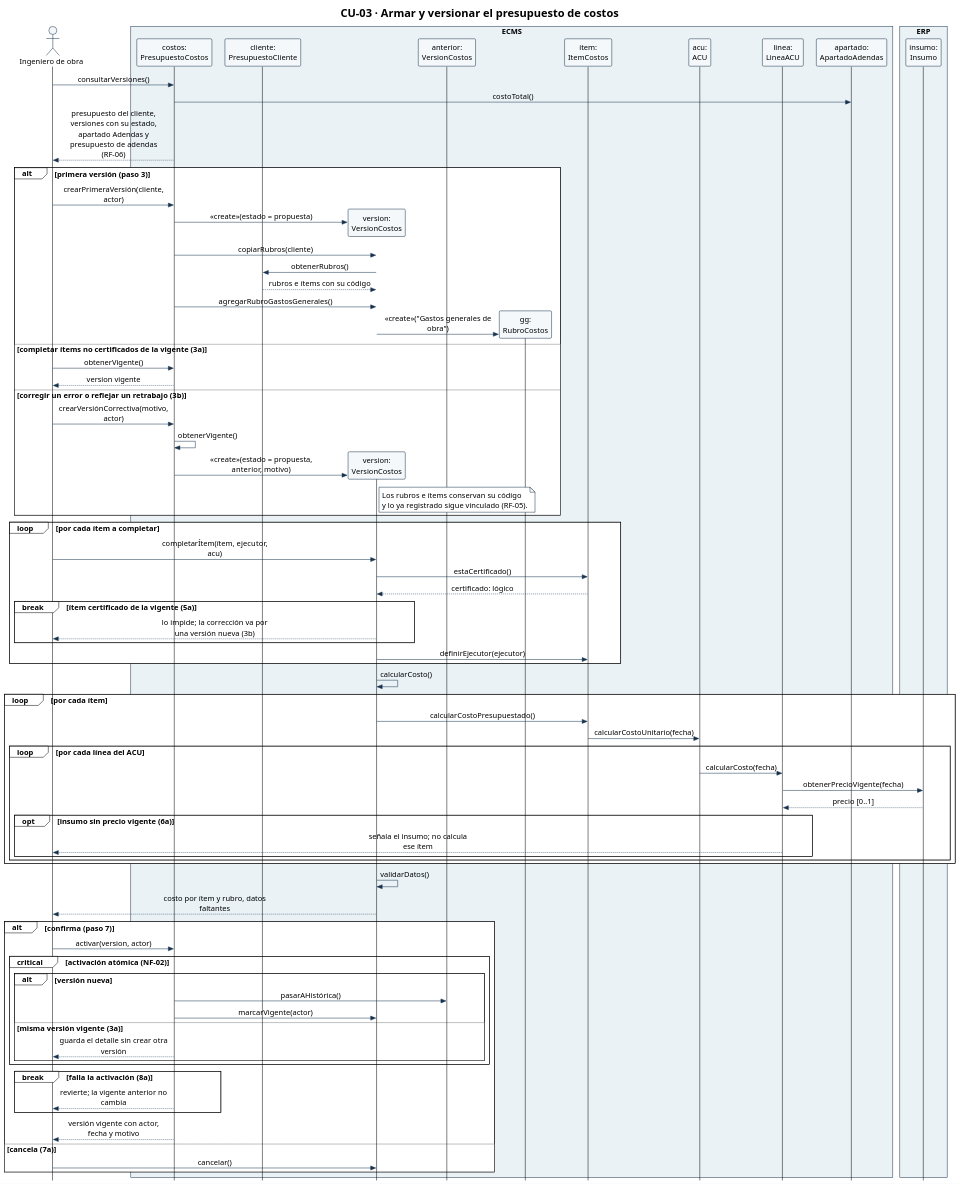
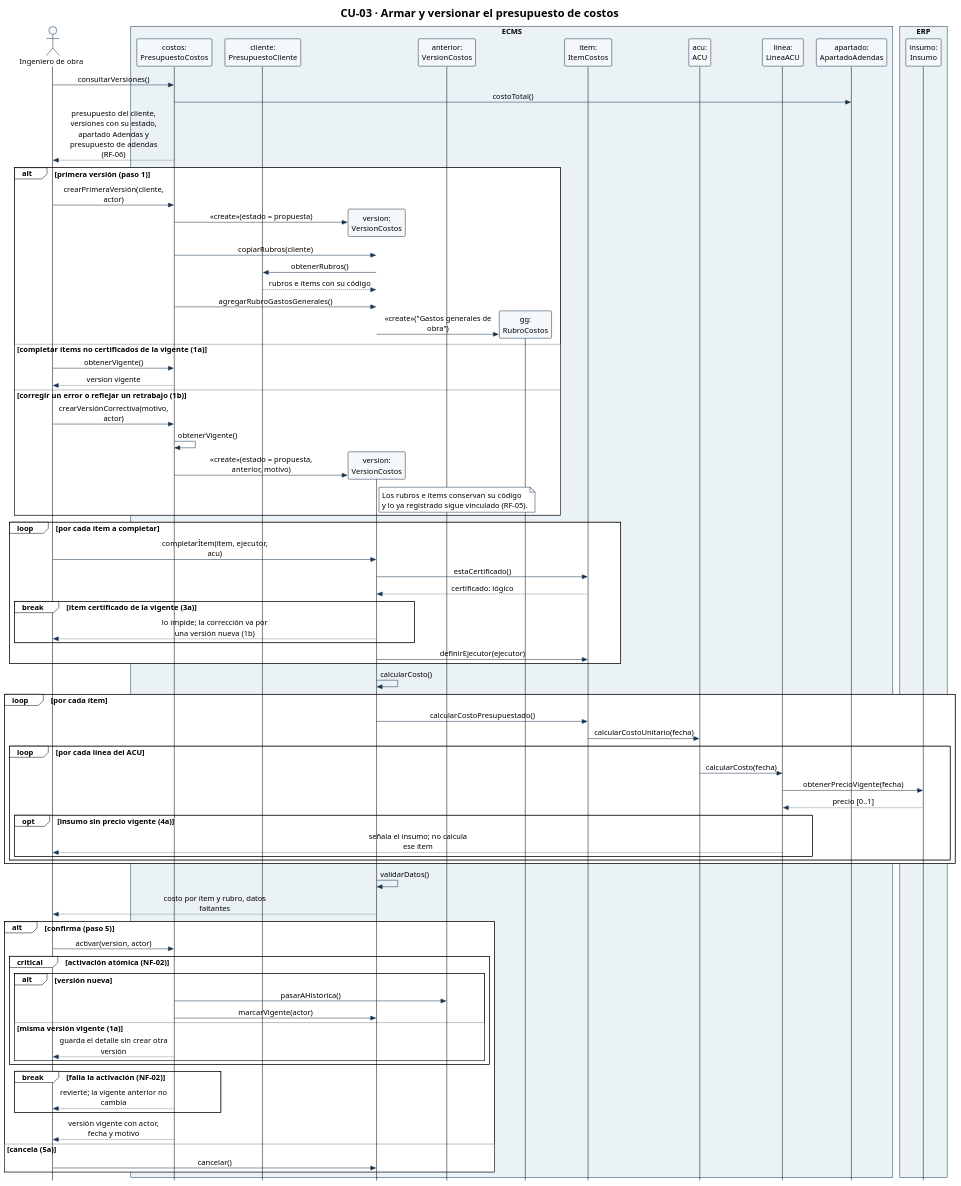
The diagram in diagramas/CU-03-secuencia.puml (Ssrrb/tpf-uca), drawn with PlantUML before and after one commit. The commit also changed 12 other files, not shown here.

```diff
--- a/diagramas/CU-03-secuencia.puml
+++ b/diagramas/CU-03-secuencia.puml
@@ -1,110 +1,110 @@
 @startuml
 !theme plain
 skinparam style strictuml
 skinparam shadowing false
 skinparam defaultFontName Arial
 skinparam defaultFontSize 15
 skinparam sequenceMessageAlign center
 skinparam maxMessageSize 220
 skinparam ParticipantPadding 8
 skinparam BoxPadding 6
 skinparam ParticipantBackgroundColor #F5F8FA
 skinparam ParticipantBorderColor #17324D
 skinparam ActorBorderColor #17324D
 skinparam ActorBackgroundColor #F5F8FA
 skinparam ArrowColor #17324D
 skinparam SequenceBoxBorderColor #17324D
 skinparam note {
   BackgroundColor #FFFFFF
   BorderColor #17324D
 }
 hide footbox
 title CU-03 · Armar y versionar el presupuesto de costos
 actor "Ingeniero de obra" as Ing
 box "ECMS" #EAF2F6
 participant "costos:\nPresupuestoCostos" as PC
 participant "cliente:\nPresupuestoCliente" as Cli
 participant "version:\nVersionCostos" as V
 participant "anterior:\nVersionCostos" as Ant
 participant "gg:\nRubroCostos" as GG
 participant "item:\nItemCostos" as Item
 participant "acu:\nACU" as Acu
 participant "linea:\nLineaACU" as Lin
 participant "apartado:\nApartadoAdendas" as Apa
 end box
 box "ERP" #EAF2F6
 participant "insumo:\nInsumo" as Ins
 end box
 
 Ing -> PC: consultarVersiones()
 PC -> Apa: costoTotal()
 PC --> Ing: presupuesto del cliente, versiones con su estado,\napartado Adendas y presupuesto de adendas (RF-06)
 
-alt primera versión (paso 3)
+alt primera versión (paso 1)
   Ing -> PC: crearPrimeraVersión(cliente, actor)
   create V
   PC -> V: «create»(estado = propuesta)
   PC -> V: copiarRubros(cliente)
   V -> Cli: obtenerRubros()
   Cli --> V: rubros e ítems con su código
   PC -> V: agregarRubroGastosGenerales()
   create GG
   V -> GG: «create»("Gastos generales de obra")
-else completar ítems no certificados de la vigente (3a)
+else completar ítems no certificados de la vigente (1a)
   Ing -> PC: obtenerVigente()
   PC --> Ing: version vigente
-else corregir un error o reflejar un retrabajo (3b)
+else corregir un error o reflejar un retrabajo (1b)
   Ing -> PC: crearVersiónCorrectiva(motivo, actor)
   PC -> PC: obtenerVigente()
   create V
   PC -> V: «create»(estado = propuesta, anterior, motivo)
   note right of V
     Los rubros e ítems conservan su código
     y lo ya registrado sigue vinculado (RF-05).
   end note
 end
 
 loop por cada ítem a completar
   Ing -> V: completarÍtem(ítem, ejecutor, acu)
   V -> Item: estaCertificado()
   Item --> V: certificado: lógico
-  break ítem certificado de la vigente (5a)
-    V --> Ing: lo impide; la corrección va por una versión nueva (3b)
+  break ítem certificado de la vigente (3a)
+    V --> Ing: lo impide; la corrección va por una versión nueva (1b)
   end
   V -> Item: definirEjecutor(ejecutor)
 end
 
 V -> V: calcularCosto()
 loop por cada ítem
   V -> Item: calcularCostoPresupuestado()
   Item -> Acu: calcularCostoUnitario(fecha)
   loop por cada línea del ACU
     Acu -> Lin: calcularCosto(fecha)
     Lin -> Ins: obtenerPrecioVigente(fecha)
     Ins --> Lin: precio [0..1]
-    opt insumo sin precio vigente (6a)
+    opt insumo sin precio vigente (4a)
       Lin --> Ing: señala el insumo; no calcula ese ítem
     end
   end
 end
 V -> V: validarDatos()
 V --> Ing: costo por ítem y rubro, datos faltantes
 
-alt confirma (paso 7)
+alt confirma (paso 5)
   Ing -> PC: activar(version, actor)
   critical activación atómica (NF-02)
     alt versión nueva
       PC -> Ant: pasarAHistórica()
       PC -> V: marcarVigente(actor)
-    else misma versión vigente (3a)
+    else misma versión vigente (1a)
       PC --> Ing: guarda el detalle sin crear otra versión
     end
   end
-  break falla la activación (8a)
+  break falla la activación (NF-02)
     PC --> Ing: revierte; la vigente anterior no cambia
   end
   PC --> Ing: versión vigente con actor, fecha y motivo
-else cancela (7a)
+else cancela (5a)
   Ing -> V: cancelar()
 end
 @enduml
```
